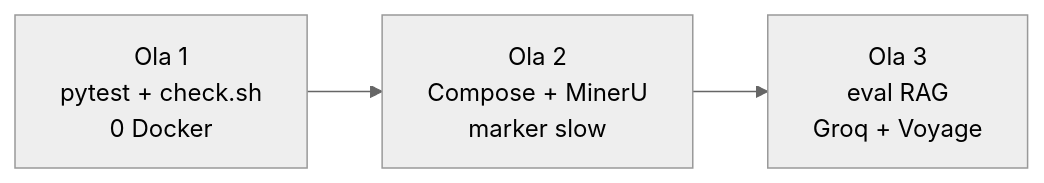
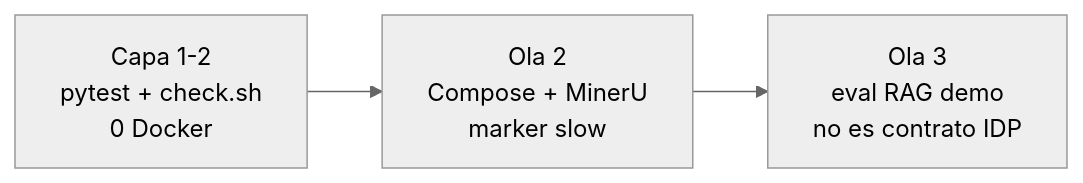
The fourth of 6 diagrams in docs/testing.md (javi2481/LEDGERLENS), drawn with Mermaid (neutral theme) before and after one commit. The commit also changed other lines of this file and 25 other files, not shown here.

````diff
--- a/docs/testing.md
+++ b/docs/testing.md
@@ -108,5 +105,5 @@
 ```mermaid
 flowchart LR
-  A[Ola 1<br/>pytest + check.sh<br/>0 Docker] --> B[Ola 2<br/>Compose + MinerU<br/>marker slow]
-  B --> C[Ola 3<br/>eval RAG<br/>Groq + Voyage]
+  A[Capa 1-2<br/>pytest + check.sh<br/>0 Docker] --> B[Ola 2<br/>Compose + MinerU<br/>marker slow]
+  B --> C[Ola 3<br/>eval RAG demo<br/>no es contrato IDP]
 ```
````
